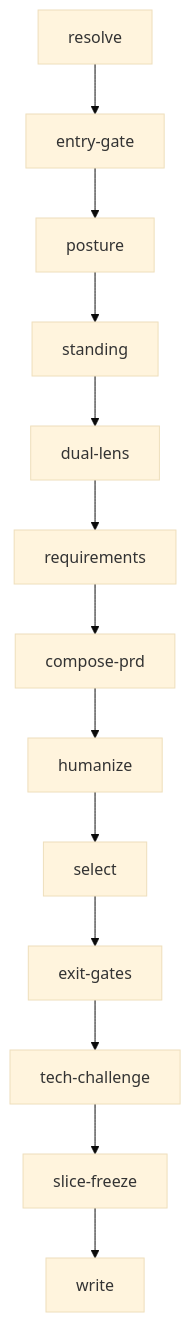
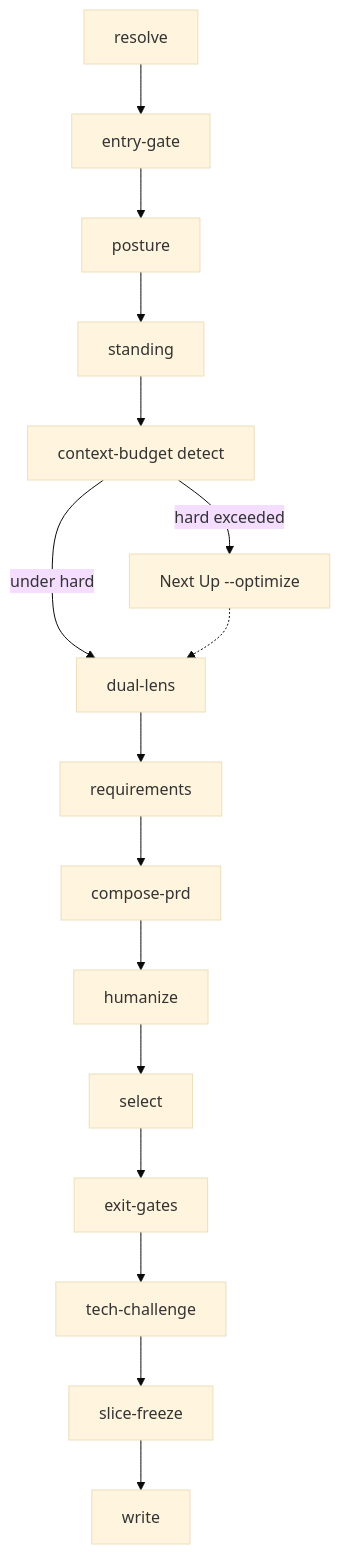
The diagram in plugins/rrraw/skills/rr-planner/refs/cascade.md (rr-agentic-kit/ai-plugins), drawn with Mermaid (base theme) before and after one commit. The commit also changed other lines of this file and 42 other files, not shown here.

````diff
--- a/plugins/rrraw/skills/rr-planner/refs/cascade.md
+++ b/plugins/rrraw/skills/rr-planner/refs/cascade.md
@@ -13,15 +13,18 @@
 ```mermaid
 flowchart TD
   resolve[resolve] --> entryGate[entry-gate]
   entryGate --> posture[posture]
   posture --> standing[standing]
-  standing --> dualLens[dual-lens]
+  standing --> budgetDetect[context-budget detect]
+  budgetDetect -->|under hard| dualLens[dual-lens]
+  budgetDetect -->|hard exceeded| optimizeHint[Next Up --optimize]
+  optimizeHint -.-> dualLens
   dualLens --> requirements[requirements]
   requirements --> compose[compose-prd]
   compose --> humanize[humanize]
   humanize --> select[select]
   select --> exitGates[exit-gates]
   exitGates --> challenge[tech-challenge]
   challenge --> sliceFreeze[slice-freeze]
   sliceFreeze --> write[write]
 ```
````
